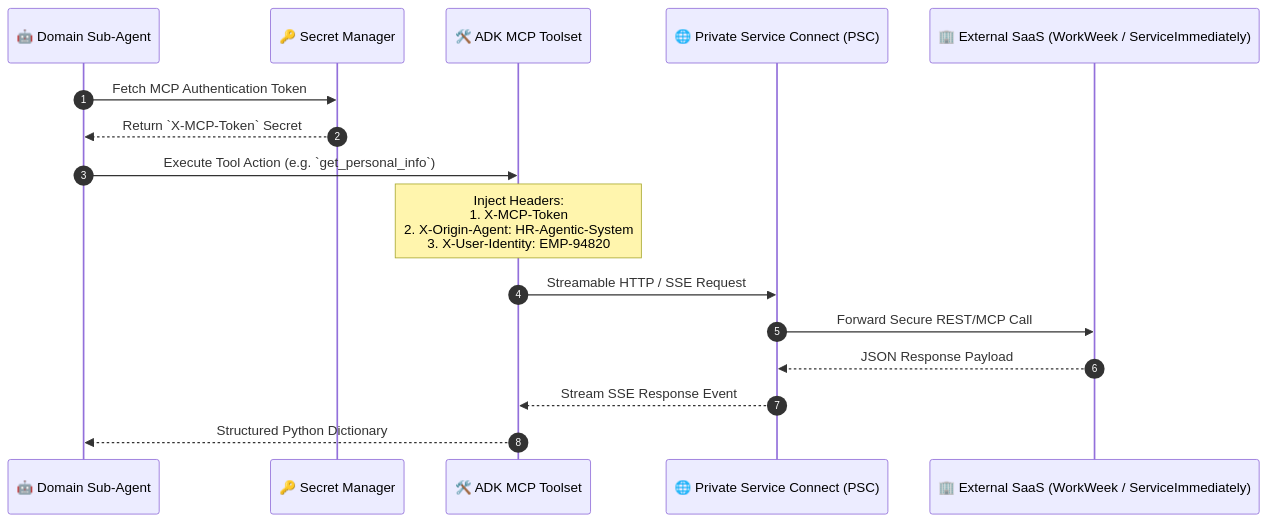
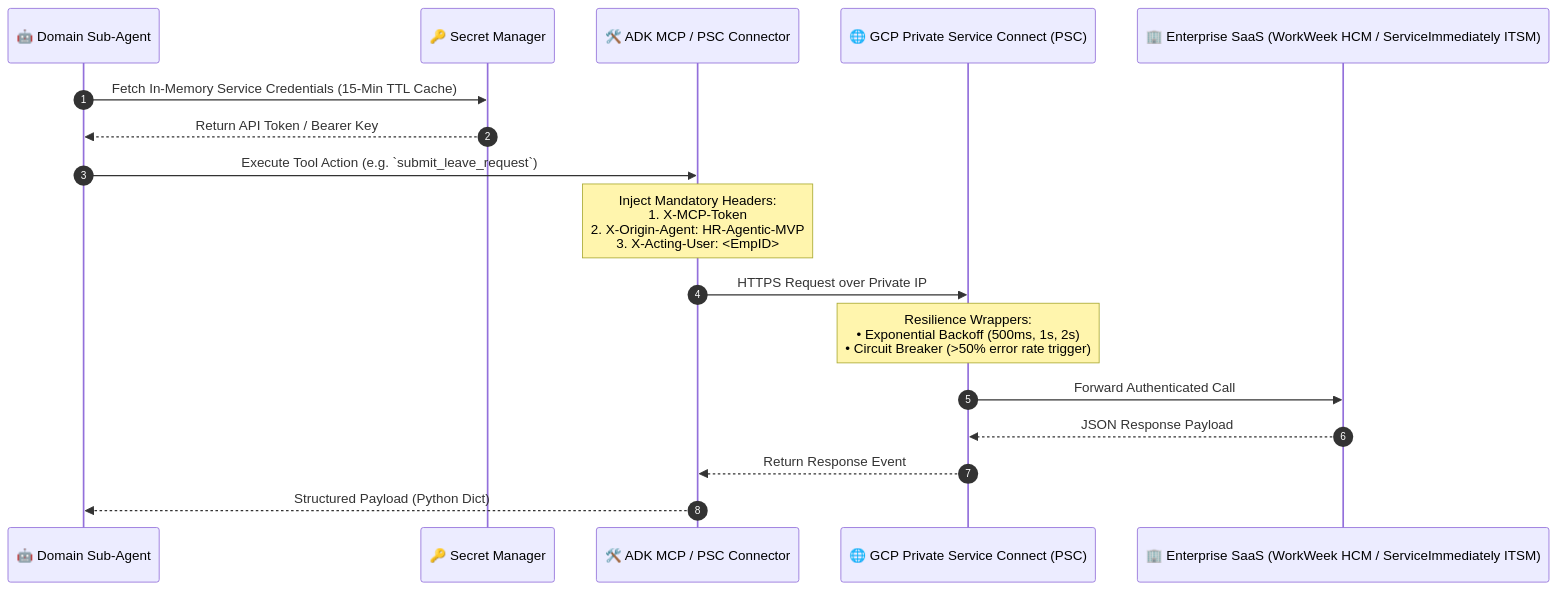
The fifth of 6 diagrams in target_architecture_breakdown.md (SushantJagdale/elevate-hr-agentic-solution), drawn with Mermaid before and after one commit. The commit also changed other lines of this file and 2 other files, not shown here.

Commit message:
docs(architecture): align target architecture breakdown with Consolidated SDD and add interactive Archify diagram

````diff
--- a/target_architecture_breakdown.md
+++ b/target_architecture_breakdown.md
@@ -243,23 +258,24 @@
 ```mermaid
 sequenceDiagram
     autonumber
     participant SubAgent as 🤖 Domain Sub-Agent
     participant SecMgr as 🔑 Secret Manager
-    participant MCPToolset as 🛠️ ADK MCP Toolset
-    participant PSC as 🌐 Private Service Connect (PSC)
-    participant ExternalSaaS as 🏢 External SaaS (WorkWeek / ServiceImmediately)
+    participant MCPToolset as 🛠️ ADK MCP / PSC Connector
+    participant PSC as 🌐 GCP Private Service Connect (PSC)
+    participant ExternalSaaS as 🏢 Enterprise SaaS (WorkWeek HCM / ServiceImmediately ITSM)
 
-    SubAgent->>SecMgr: Fetch MCP Authentication Token
-    SecMgr-->>SubAgent: Return `X-MCP-Token` Secret
+    SubAgent->>SecMgr: Fetch In-Memory Service Credentials (15-Min TTL Cache)
+    SecMgr-->>SubAgent: Return API Token / Bearer Key
     
-    SubAgent->>MCPToolset: Execute Tool Action (e.g. `get_personal_info`)
+    SubAgent->>MCPToolset: Execute Tool Action (e.g. `submit_leave_request`)
     
-    Note over MCPToolset: Inject Headers:<br/>1. X-MCP-Token<br/>2. X-Origin-Agent: HR-Agentic-System<br/>3. X-User-Identity: EMP-94820
-
-    MCPToolset->>PSC: Streamable HTTP / SSE Request
-    PSC->>ExternalSaaS: Forward Secure REST/MCP Call
+    Note over MCPToolset: Inject Mandatory Headers:<br/>1. X-MCP-Token<br/>2. X-Origin-Agent: HR-Agentic-MVP<br/>3. X-Acting-User: <EmpID>
+    
+    MCPToolset->>PSC: HTTPS Request over Private IP
+    Note over PSC: Resilience Wrappers:<br/>• Exponential Backoff (500ms, 1s, 2s)<br/>• Circuit Breaker (>50% error rate trigger)
+    PSC->>ExternalSaaS: Forward Authenticated Call
     
     ExternalSaaS-->>PSC: JSON Response Payload
-    PSC-->>MCPToolset: Stream SSE Response Event
-    MCPToolset-->>SubAgent: Structured Python Dictionary
+    PSC-->>MCPToolset: Return Response Event
+    MCPToolset-->>SubAgent: Structured Payload (Python Dict)
 ```
````
